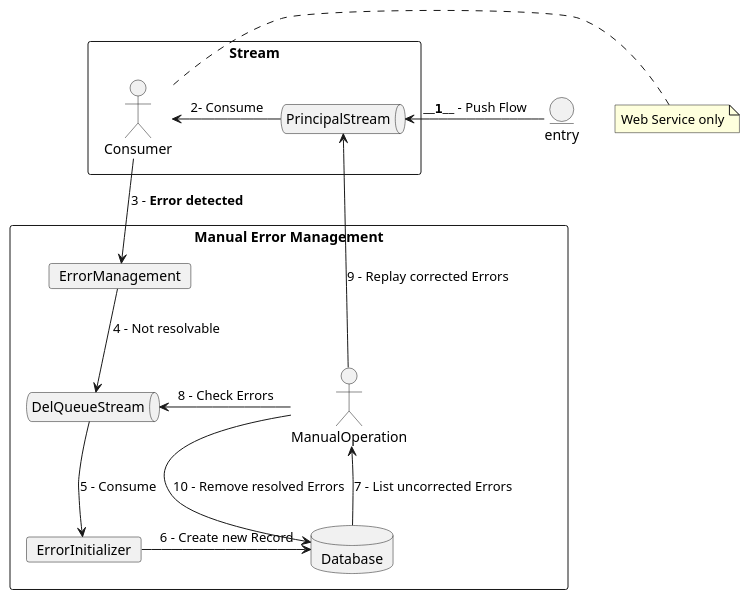
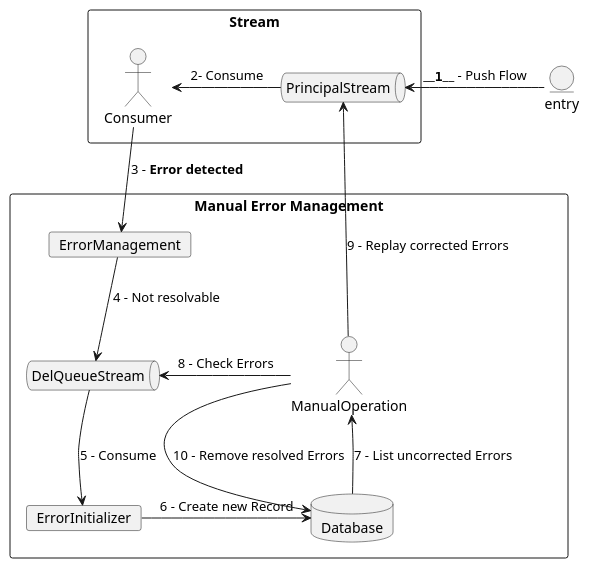
One commit to buidiaconseil/ErrorManagementPattern changed the diagram in errorFinal.wsd. Above: the diagram before and after it, drawn with PlantUML.

Commit message:
new contents

```diff
--- a/errorFinal.wsd
+++ b/errorFinal.wsd
@@ -1,34 +1,34 @@
 @startuml
 
 entity entry
 rectangle "Stream"  {
 queue PrincipalStream
 actor Consumer
 }
 rectangle "Manual Error Management"  {
 card ErrorManagement
 queue DelQueueStream
 
 card ErrorInitializer
 actor ManualOperation
 database Database
 
 }
 
 entry -l-> PrincipalStream :  __""**1**""__ - Push Flow 
 Consumer <-l- PrincipalStream : 2- Consume
 Consumer --> ErrorManagement : 3 - **Error detected**
 ErrorManagement --> DelQueueStream : 4 - Not resolvable
 DelQueueStream --> ErrorInitializer :  5 - Consume
 ErrorInitializer -> Database : 6 - Create new Record
 
 
-note left of Consumer : Web Service only
+
 
 
 ManualOperation <- Database : 7 - List uncorrected Errors 
 ManualOperation -> DelQueueStream : 8 - Check Errors 
 ManualOperation -> PrincipalStream : 9 - Replay corrected Errors
 ManualOperation -> Database : 10 - Remove resolved Errors
 
 @enduml
```
